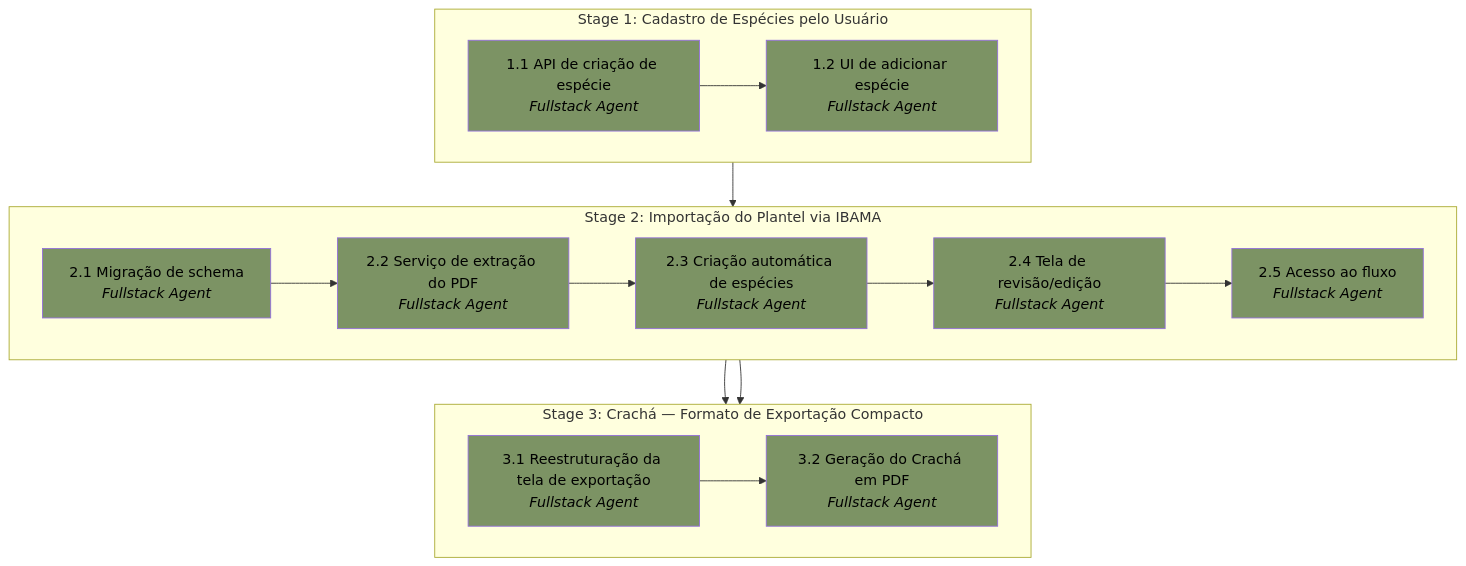
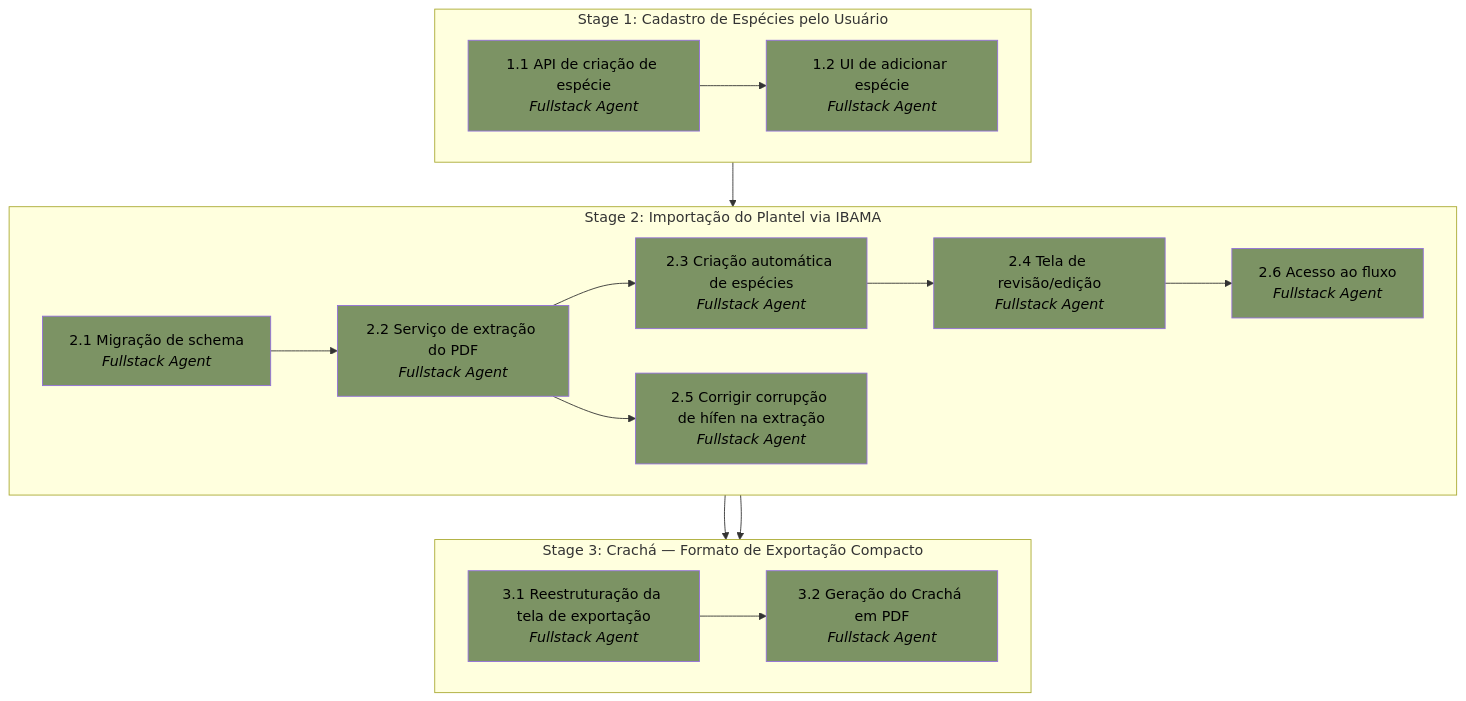
One commit to gersonvan/ninhal changed the diagram in .apm/plan.md. Above: the diagram before and after it, drawn with Mermaid. The commit also changed other lines of this file and 2 other files, not shown here.

First line of the commit message:
docs: adicionar Task 2.5 para corrigir corrupção de hífen na extração

````diff
--- a/.apm/plan.md
+++ b/.apm/plan.md
@@ -24,35 +24,37 @@
 ```mermaid
 graph TB
 
 subgraph S1["Stage 1: Cadastro de Espécies pelo Usuário"]
   direction LR
   T1_1["1.1 API de criação de espécie<br/><i>Fullstack Agent</i>"] --> T1_2["1.2 UI de adicionar espécie<br/><i>Fullstack Agent</i>"]
 end
 
 subgraph S2["Stage 2: Importação do Plantel via IBAMA"]
   direction LR
   T2_1["2.1 Migração de schema<br/><i>Fullstack Agent</i>"] --> T2_2["2.2 Serviço de extração do PDF<br/><i>Fullstack Agent</i>"]
   T2_2 --> T2_3["2.3 Criação automática de espécies<br/><i>Fullstack Agent</i>"]
   T2_3 --> T2_4["2.4 Tela de revisão/edição<br/><i>Fullstack Agent</i>"]
-  T2_4 --> T2_5["2.5 Acesso ao fluxo<br/><i>Fullstack Agent</i>"]
+  T2_2 --> T2_5["2.5 Corrigir corrupção de hífen na extração<br/><i>Fullstack Agent</i>"]
+  T2_4 --> T2_6["2.6 Acesso ao fluxo<br/><i>Fullstack Agent</i>"]
 end
 
 subgraph S3["Stage 3: Crachá — Formato de Exportação Compacto"]
   direction LR
   T3_1["3.1 Reestruturação da tela de exportação<br/><i>Fullstack Agent</i>"] --> T3_2["3.2 Geração do Crachá em PDF<br/><i>Fullstack Agent</i>"]
 end
 
 T1_1 --> T2_3
 T2_1 --> T3_1
 T2_1 --> T3_2
 
 style T1_1 fill:#7C9364,color:#000
 style T1_2 fill:#7C9364,color:#000
 style T2_1 fill:#7C9364,color:#000
 style T2_2 fill:#7C9364,color:#000
 style T2_3 fill:#7C9364,color:#000
 style T2_4 fill:#7C9364,color:#000
 style T2_5 fill:#7C9364,color:#000
+style T2_6 fill:#7C9364,color:#000
 style T3_1 fill:#7C9364,color:#000
 style T3_2 fill:#7C9364,color:#000
 ```
````
